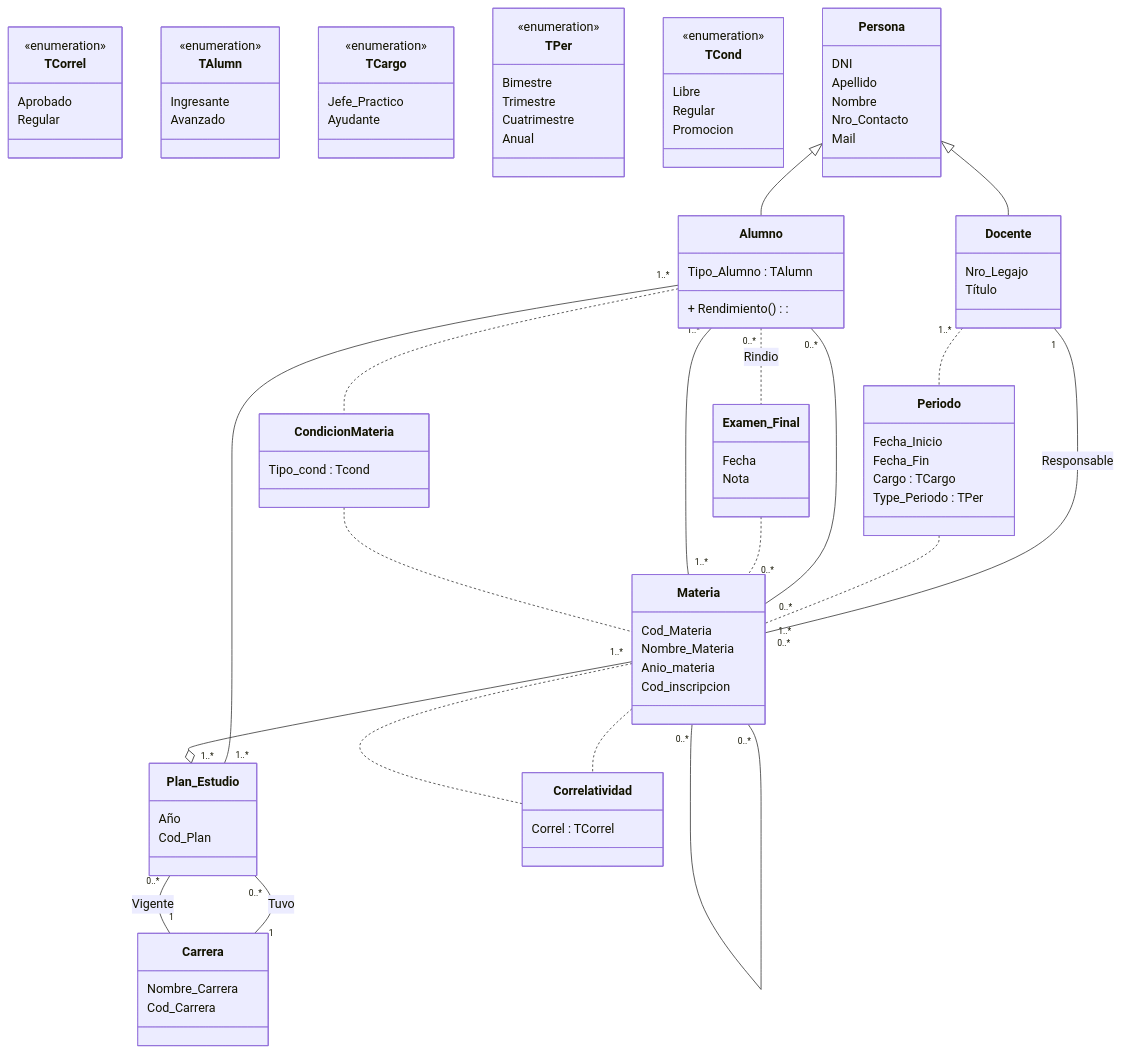
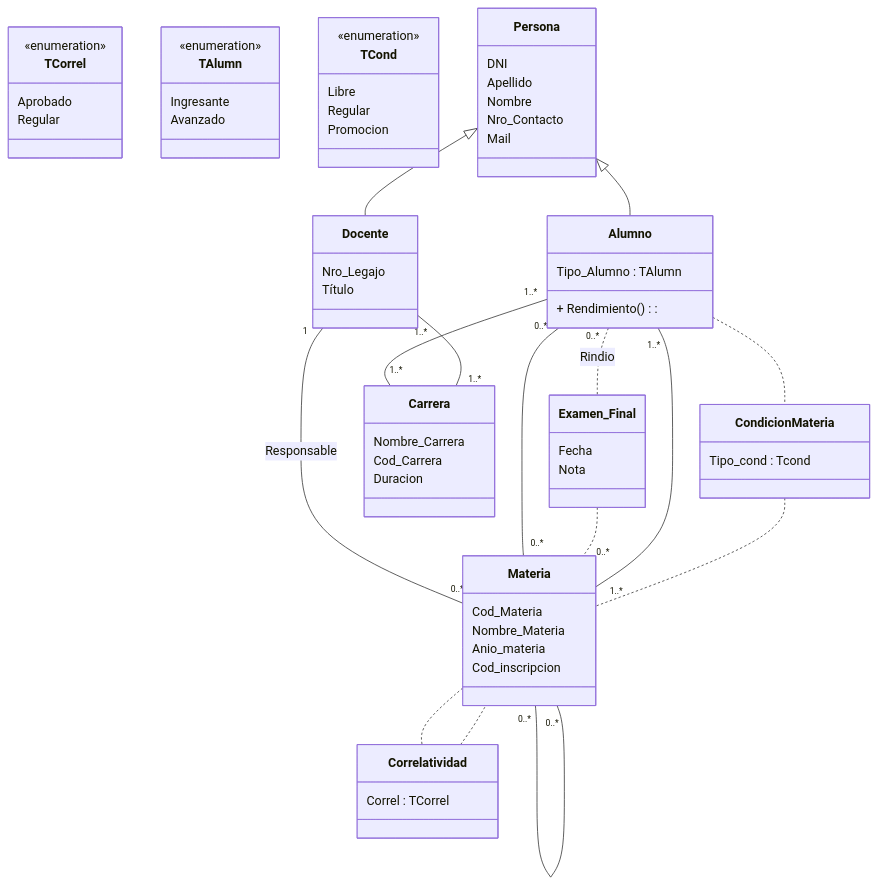
Before and after one commit to natashalunaa/sistema-de-gestion-estudiantil-G6: the diagram in documentación/diagrams/dc_mermaid.mmd, drawn with Mermaid.

```diff
--- a/documentación/diagrams/dc_mermaid.mmd
+++ b/documentación/diagrams/dc_mermaid.mmd
@@ -1,121 +1,92 @@
 classDiagram
 
 %% ENUMS
 class TCorrel {
   <<enumeration>>
   Aprobado
   Regular
 }
 
 class TAlumn {
   <<enumeration>>
   Ingresante
   Avanzado
-}
-
-class TCargo {
-  <<enumeration>>
-  Jefe_Practico
-  Ayudante
-}
-
-class TPer {
-  <<enumeration>>
-  Bimestre
-  Trimestre
-  Cuatrimestre
-  Anual
 }
 
 class TCond {
   <<enumeration>>
   Libre
   Regular
   Promocion
 }
 
 %% CLASES
 class Persona {
   DNI
   Apellido
   Nombre
   Nro_Contacto
   Mail
 }
 
 class Docente {
   Nro_Legajo
   Título
 }
 
 class Alumno {
   Tipo_Alumno : TAlumn
   + Rendimiento():
 }
 
 class Examen_Final {
   Fecha
   Nota
 }
 
-class Periodo {
-  Fecha_Inicio
-  Fecha_Fin
-  Cargo : TCargo
-  Type_Periodo : TPer
-}
-
 class Materia {
   Cod_Materia
   Nombre_Materia
   Anio_materia
   Cod_inscripcion
 }
 
-class Plan_Estudio {
-  Año
-  Cod_Plan
-}
-
 class Carrera {
   Nombre_Carrera
   Cod_Carrera
+  Duracion
 }
 
 class Correlatividad {
   Correl : TCorrel
 }
 
 class CondicionMateria {
   Tipo_cond : Tcond
 }
 
 %% HERENCIA
 Persona <|-- Docente
 Persona <|-- Alumno
 
-%%RELACIONES DOCENTE MATERIA PERIODO
+%%RELACIONES DOCENTE MATERIA
 Docente "1" -- "0..*" Materia : Responsable
-Docente "1..*".. Periodo
-Periodo .. "1..*"Materia
 
 %%RELACIONES ALUMNO MATERIA EXAMEN FINAL
 Alumno "0..*"--"0..*" Materia
 Alumno "0..*".. Examen_Final : Rindio
 Examen_Final .. "0..*" Materia
-
-%%RELACIONES PLAN DE ESTUDIO
-Alumno"1..*" -- "1..*" Plan_Estudio
-Materia"1..*" --o "1..*"Plan_Estudio
-Plan_Estudio "0..*"--"1" Carrera : Tuvo
-Plan_Estudio "0..*"-- "1"Carrera : Vigente
 
 %%RELACIONES DE MATERIA
 Materia "0..*"--"0..*" Materia
 Materia .. Correlatividad
 Correlatividad .. Materia
 
 %% RELACIONES MATERIA ALUMNO CONDICIONMATERIA
 Alumno"1..*" -- "1..*" Materia
 Alumno .. CondicionMateria
 CondicionMateria .. Materia
+
+%% RELACIONES ALUMNO CARRERA DOCENTE
+Alumno "1..*" -- "1..*" Carrera
+Docente "1..*" -- "1..*" Carrera 
```
